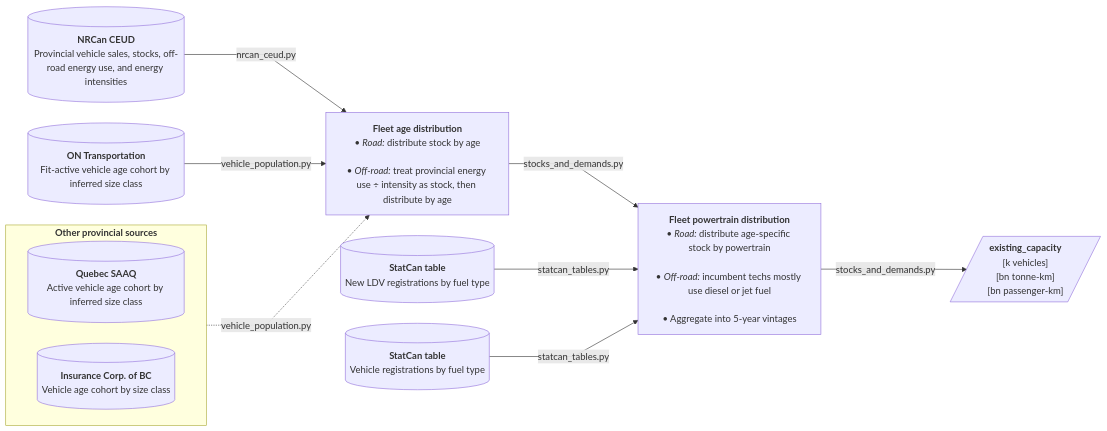
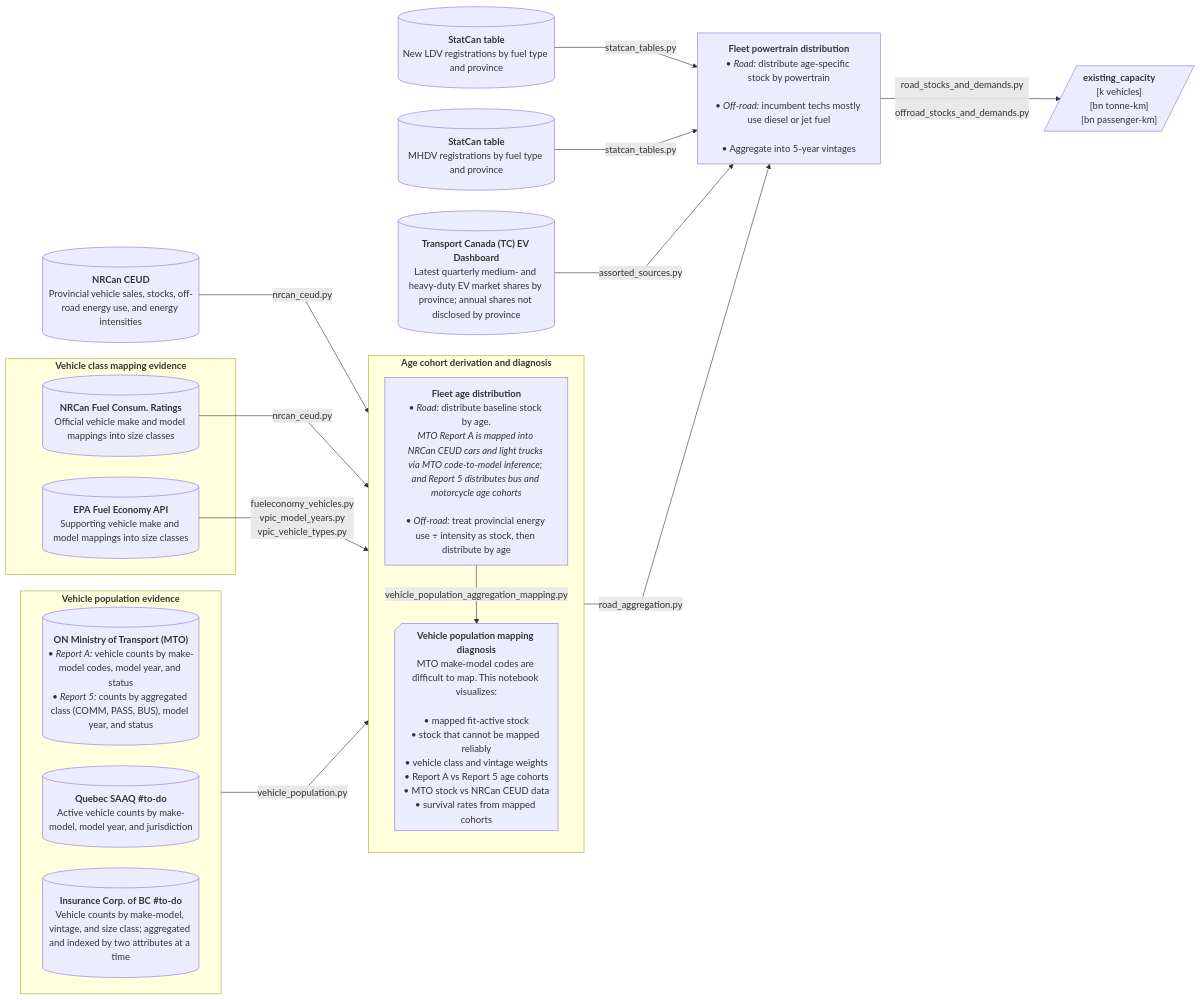
One commit to CANOE-main/canoe-transportation changed the fourth of 14 diagrams in README.md. Above: the diagram before and after it, drawn with Mermaid. The commit also changed other lines of this file and 14 other files, not shown here.

````diff
--- a/README.md
+++ b/README.md
@@ -246,31 +289,74 @@
     curve: linear
 ---
 flowchart LR
-  %% --- Sources ---
-  s0[("`**NRCan CEUD**<br>Provincial vehicle sales, stocks, off-road energy use, and energy intensities`")]
-  s1[("`**ON Transportation**<br>Fit-active vehicle age cohort by inferred size class`")]
+  %% ############ Sources ###########
+  s0[("`**NRCan CEUD**
+    Provincial vehicle sales, stocks, off-road energy use, and energy intensities`")]
 
-  subgraph expansion["`**Other provincial sources**`"]
+  subgraph expansion["`**Vehicle population evidence**`"]
     direction LR
-    s2[("`**Quebec SAAQ**<br>Active vehicle age cohort by inferred size class`")]
-    s3[("`**Insurance Corp. of BC**<br>Vehicle age cohort by size class`")]
+    s1[("`**ON Ministry of Transport (MTO)**
+      • *Report A:* vehicle counts by make-model codes, model year, and status
+      • *Report 5:* counts by aggregated class (COMM, PASS, BUS), model year, and status`")]
+    s2[("`**Quebec SAAQ #to-do**
+      Active vehicle counts by make-model, model year, and jurisdiction`")]
+    s3[("`**Insurance Corp. of BC #to-do**
+      Vehicle counts by make-model, vintage, and size class; aggregated and indexed by two attributes at a time`")]
   end
 
-  s4[("`**StatCan table**<br>New LDV registrations by fuel type`")]
-  s5[("`**StatCan table**<br>Vehicle registrations by fuel type`")]
+  subgraph classes["`**Vehicle class mapping evidence**`"]
+    s1_2[("`**NRCan Fuel Consum. Ratings**
+      Official vehicle make and model mappings into size classes`")]
+    s1_3[("`**EPA Fuel Economy API**
+      Supporting vehicle make and model mappings into size classes`")]
+  end
 
-  %% --- Processes ---
-  p1["`**Fleet age distribution<br>**• *Road:* distribute stock by age<br><br>• *Off-road:* treat provincial energy use ÷ intensity as stock, then distribute by age`"]
-  s0 -- nrcan_ceud.py --> p1
-  s1 -- vehicle_population.py --> p1
-  expansion -. "vehicle_population.py" .-> p1
+  s4[("`**StatCan table**
+    New LDV registrations by fuel type and province`")]
+  s5[("`**StatCan table**
+    MHDV registrations by fuel type and province`")]
+  s6[("`**Transport Canada (TC) EV Dashboard**
+    Latest quarterly medium- and heavy-duty EV market shares by province; annual shares not disclosed by province`")]
 
-  p2["`**Fleet powertrain distribution**<br>• *Road:* distribute age-specific stock by powertrain<br><br>• *Off-road:* incumbent techs mostly use diesel or jet fuel<br><br>• Aggregate into 5-year vintages`"]
-  p1 -- stocks_and_demands.py --> p2
+  %% ############ Processes ###########
+  subgraph age["`**Age cohort derivation and diagnosis**`"]
+    direction TB
+    p1["`**Fleet age distribution**
+      • *Road:* distribute baseline stock by age.
+      *MTO Report A is mapped into NRCan CEUD cars and light trucks via MTO code-to-model inference; and Report 5 distributes bus and motorcycle age cohorts*<br>
+      • *Off-road:* treat provincial energy use ÷ intensity as stock, then distribute by age`"]
+
+    p1_2@{shape: notch-rect, label: "**Vehicle population mapping diagnosis**
+      MTO make-model codes are difficult to map. This notebook visualizes:<br>
+      • mapped fit-active stock
+      • stock that cannot be mapped reliably
+      • vehicle class and vintage weights
+      • Report A vs Report 5 age cohorts
+      • MTO stock vs NRCan CEUD data
+      • survival rates from mapped cohorts"}
+    p1 -- vehicle_population_aggregation_mapping.py --> p1_2
+  end
+  s0 -- nrcan_ceud.py --> age
+  s1 -- vehicle_population.py --> age
+  s1_2 -- nrcan_ceud.py --> age
+  s1_3 -- fueleconomy_vehicles.py
+  vpic_model_years.py
+  vpic_vehicle_types.py --> age
+
+  p2["`**Fleet powertrain distribution**
+    • *Road:* distribute age-specific stock by powertrain<br>
+    • *Off-road:* incumbent techs mostly use diesel or jet fuel<br>
+    • Aggregate into 5-year vintages`"]
+  age -- road_aggregation.py --> p2
   s4 -- statcan_tables.py --> p2
   s5 -- statcan_tables.py --> p2
+  s6 -- assorted_sources.py --> p2
 
-  p2 -- stocks_and_demands.py --> o1[/"`**existing_capacity**<br>[k vehicles]<br>[bn tonne-km]<br>[bn passenger-km]`"/]
+  p2 -- road_stocks_and_demands.py
+  offroad_stocks_and_demands.py --> o1[/"`**existing_capacity**
+    [k vehicles]
+    [bn tonne-km]
+    [bn passenger-km]`"/]
 
   %% --- Hyperlinks ---
   click s5 "https://doi.org/10.25318/2310030801-eng"
@@ -279,4 +365,7 @@
   click s2 "https://www.donneesquebec.ca/recherche/dataset/vehicules-en-circulation"
   click s1 "https://data.ontario.ca/dataset/vehicle-population-data"
   click s0 "https://oee.nrcan.gc.ca/corporate/statistics/neud/dpa/menus/trends/comprehensive_tables/list.cfm"
+  click s1_2 "https://open.canada.ca/data/en/dataset/98f1a129-f628-4ce4-b24d-6f16bf24dd64"
+  click s1_3 "https://www.fueleconomy.gov/feg/ws/index.shtml"
+  click s6 "https://tc.canada.ca/en/road-transportation/innovative-technologies/electric-vehicles/canada-electric-vehicle-dashboard"
 ```
````
